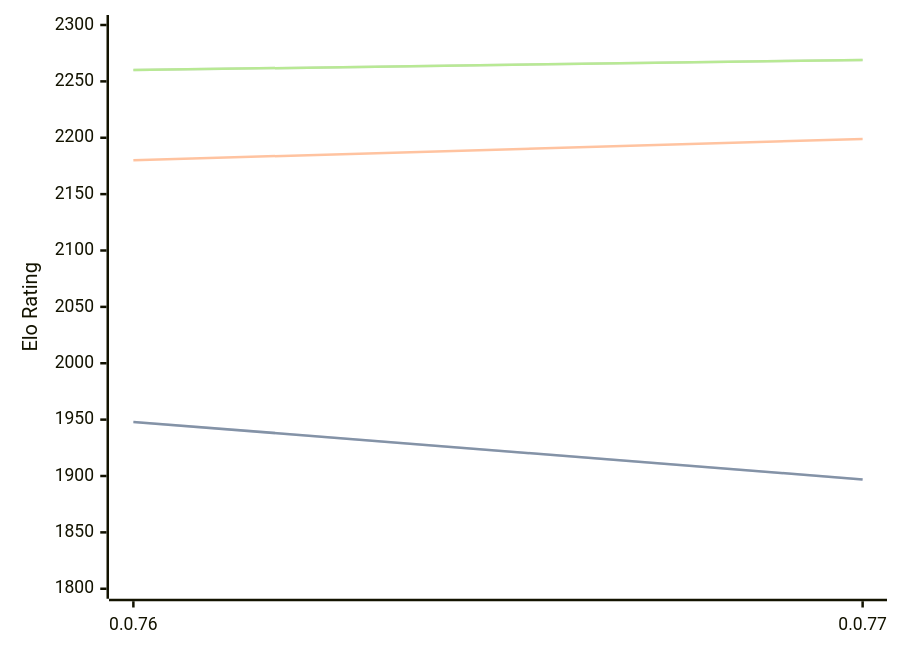
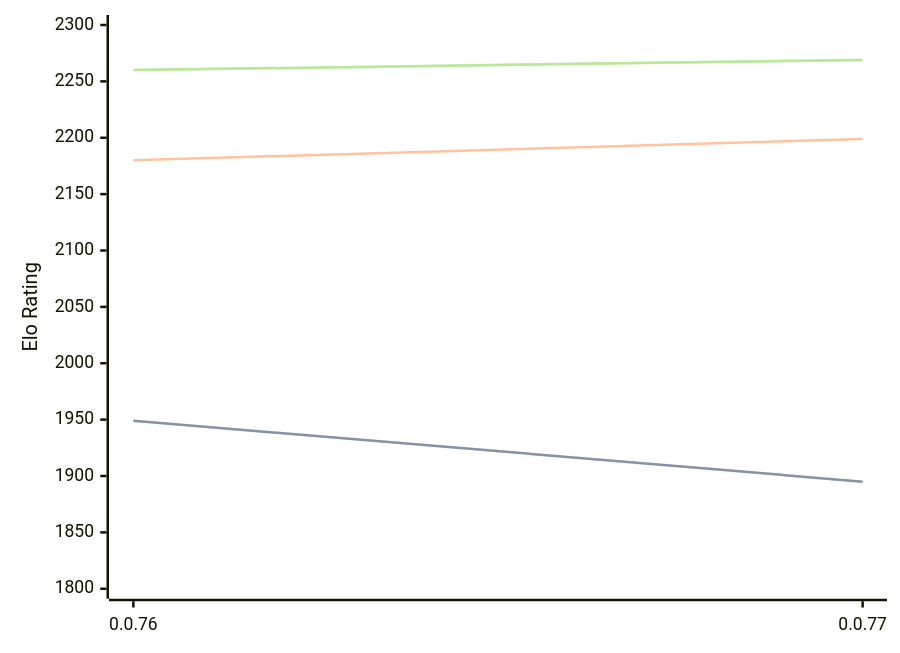
Before and after one commit to computer-chess-index/cci: the diagram in engines/Fktb.md, drawn with Mermaid. The commit also changed other lines of this file, not shown here.

````diff
--- a/engines/Fktb.md
+++ b/engines/Fktb.md
@@ -32,11 +32,11 @@
 ```mermaid
 %%{init: {"theme":"base","themeVariables":{"seriesColors:['#a3a3a3','#222221','#faa371']}}}%%
 xychart-beta
   x-axis ["0.0.76", "0.0.77"]
   y-axis "Elo Rating" 1800 --> 2300
-  line "STC (8.0+0.08s)" [1948, 1897]
-  line "STC (8.0+0.08s)" [1948, 1897]
+  line "STC (8.0+0.08s)" [1949, 1895]
+  line "STC (8.0+0.08s)" [1949, 1895]
   line "LTC (60.0+0.60s)" [2180, 2199]
   line "VLTC (2m24s+1.12s)" [2260, 2269]
   line "VLTC (2m24s+1.12s)" [2260, 2269]
 ```
````
